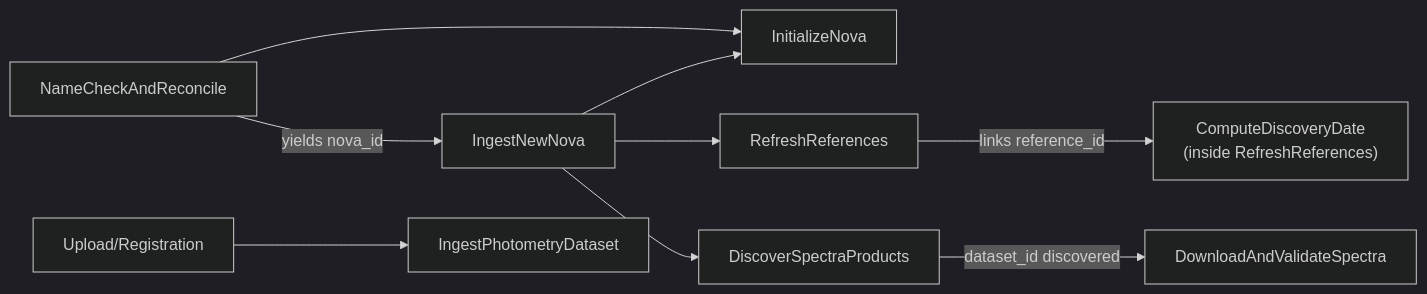
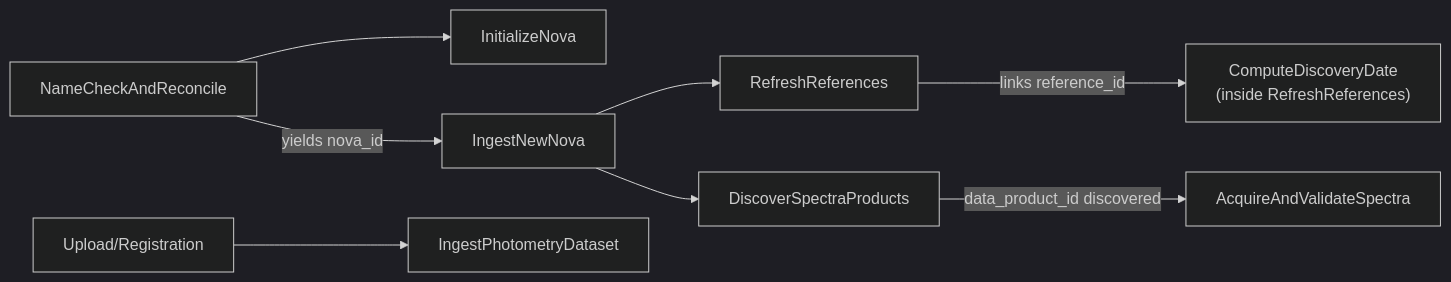
The diagram in docs/diagrams/execution-view.md (finzellt/aws_nova_cat), drawn with Mermaid (dark theme) before and after one commit. The commit also changed 3 other files, not shown here.

````diff
--- a/docs/diagrams/execution-view.md
+++ b/docs/diagrams/execution-view.md
@@ -1,15 +1,15 @@
 ```mermaid
 flowchart LR
   NC[NameCheckAndReconcile] --> IN[InitializeNova]
   NC -->|yields nova_id| NEW[IngestNewNova]
 
-  NEW --> IN
   NEW --> RR[RefreshReferences]
   NEW --> DSP[DiscoverSpectraProducts]
 
   RR -->|links reference_id| RR2["ComputeDiscoveryDate</br>(inside RefreshReferences)"]
-  DSP -->|dataset_id discovered| DVS[DownloadAndValidateSpectra]
+
+  DSP -->|data_product_id discovered| AAV[AcquireAndValidateSpectra]
 
   UP[Upload/Registration] --> IPD[IngestPhotometryDataset]
 
 ```
````
